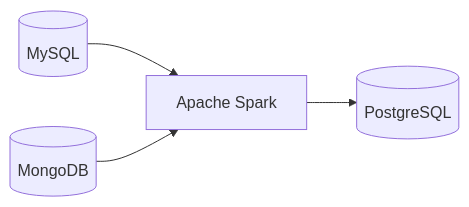
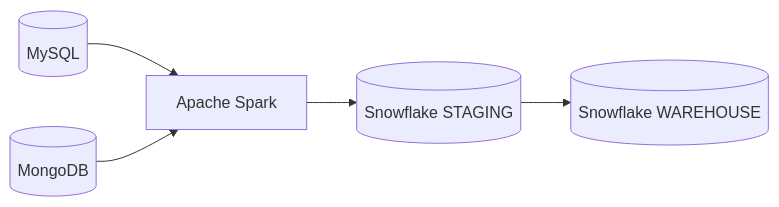
Before and after one commit to Chotiiiiw/Batch-Ingestion: the first of 4 diagrams in food_delivery_schema.md, drawn with Mermaid. The commit also changed other lines of this file and 2 other files, not shown here.

Commit message:
feat: add Snowflake warehouse schema and seed data

````diff
--- a/food_delivery_schema.md
+++ b/food_delivery_schema.md
@@ -12,6 +12,7 @@
 ```mermaid
 flowchart LR
     MYSQL[(MySQL)] --> SPARK[Apache Spark]
     MONGO[(MongoDB)] --> SPARK
-    SPARK --> PG[(PostgreSQL)]
+    SPARK --> STAGING[(Snowflake STAGING)]
+    STAGING --> WAREHOUSE[(Snowflake WAREHOUSE)]
 ```
````
